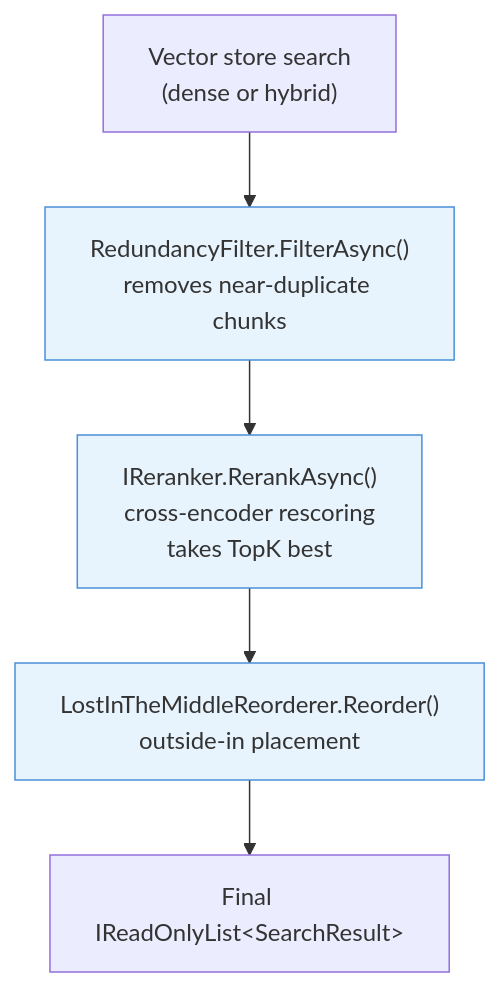
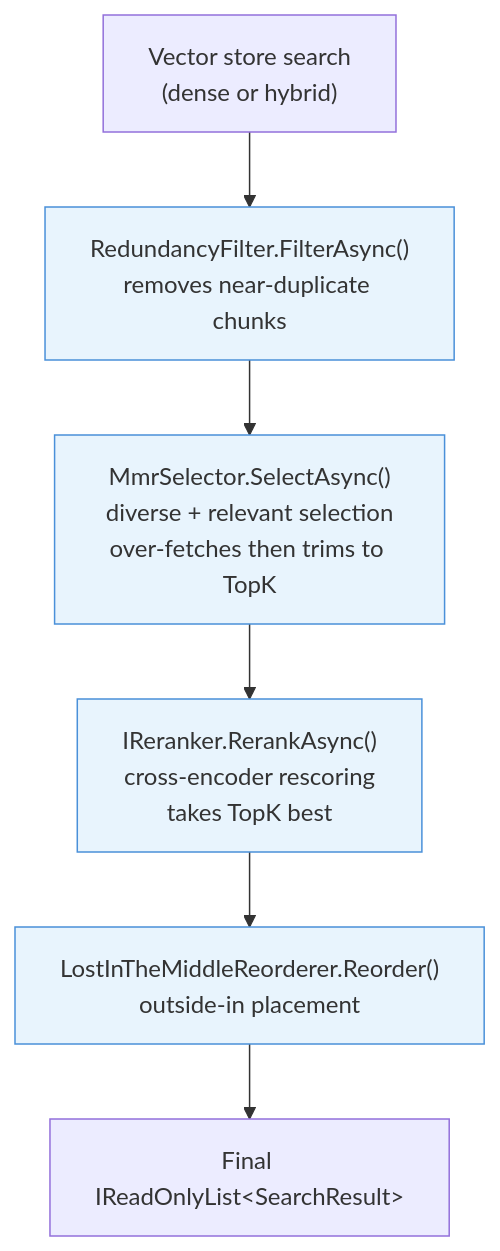
Before and after one commit to MarcelRoozekrans/Rag.NET: the fourth of 4 diagrams in docs/post-retrieval.md, drawn with Mermaid. The commit also changed other lines of this file and 4 other files, not shown here.

````diff
--- a/docs/post-retrieval.md
+++ b/docs/post-retrieval.md
@@ -144,14 +238,16 @@
 ```mermaid
 flowchart TD
     VS["Vector store search<br>(dense or hybrid)"]
     REDUN["RedundancyFilter.FilterAsync()<br>removes near-duplicate chunks"]
+    MMR["MmrSelector.SelectAsync()<br>diverse + relevant selection<br>over-fetches then trims to TopK"]
     RERANK["IReranker.RerankAsync()<br>cross-encoder rescoring<br>takes TopK best"]
     LITM["LostInTheMiddleReorderer.Reorder()<br>outside-in placement"]
     OUT["Final IReadOnlyList&lt;SearchResult&gt;"]
 
-    VS --> REDUN --> RERANK --> LITM --> OUT
+    VS --> REDUN --> MMR --> RERANK --> LITM --> OUT
 
     style REDUN fill:#e8f4fd,stroke:#4a90d9
+    style MMR fill:#e8f4fd,stroke:#4a90d9
     style RERANK fill:#e8f4fd,stroke:#4a90d9
     style LITM fill:#e8f4fd,stroke:#4a90d9
 ```
````
